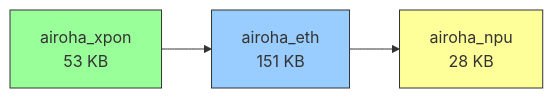
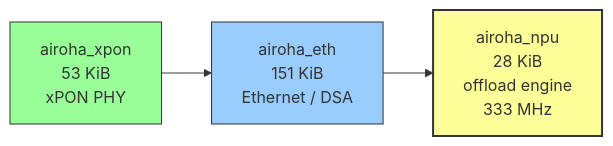
Before and after one commit to gilsonolegario/px3321-en7523-notes: the first of 2 diagrams in docs/session-findings-2026-08-25.md, drawn with Mermaid. The commit also changed other lines of this file, not shown here.

First line of the commit message:
docs: restructure lab notes 2026-08-25 into topical reference (NPU chain, throughput, boot timing, flash map, cmdline, LED panic, UART/ZHAL, build config)

````diff
--- a/docs/session-findings-2026-08-25.md
+++ b/docs/session-findings-2026-08-25.md
@@ -14,8 +20,8 @@
 ```mermaid
 graph LR
-    XPON["airoha_xpon<br/>53 KB"] --> ETH["airoha_eth<br/>151 KB"]
-    ETH --> NPU["airoha_npu<br/>28 KB"]
-    style NPU fill:#ff9,stroke:#333
+    XPON["airoha_xpon<br/>53 KiB<br/>xPON PHY"] --> ETH["airoha_eth<br/>151 KiB<br/>Ethernet / DSA"]
+    ETH --> NPU["airoha_npu<br/>28 KiB<br/>offload engine<br/>333 MHz"]
+    style NPU fill:#ff9,stroke:#333,stroke-width:2px
     style ETH fill:#9cf,stroke:#333
     style XPON fill:#9f9,stroke:#333
 ```
````
